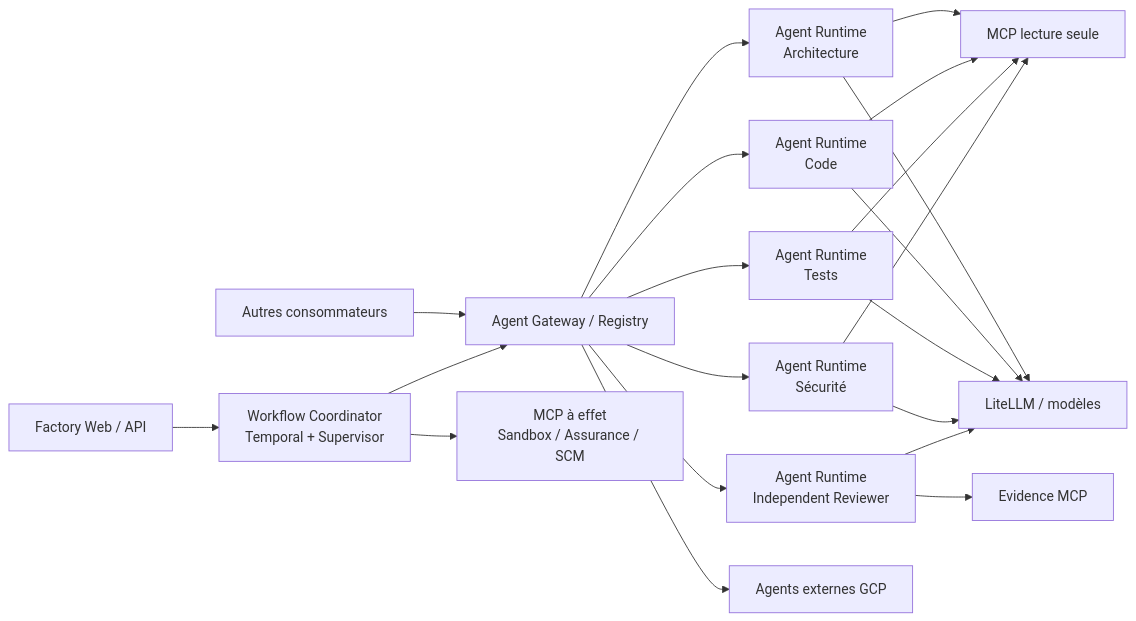
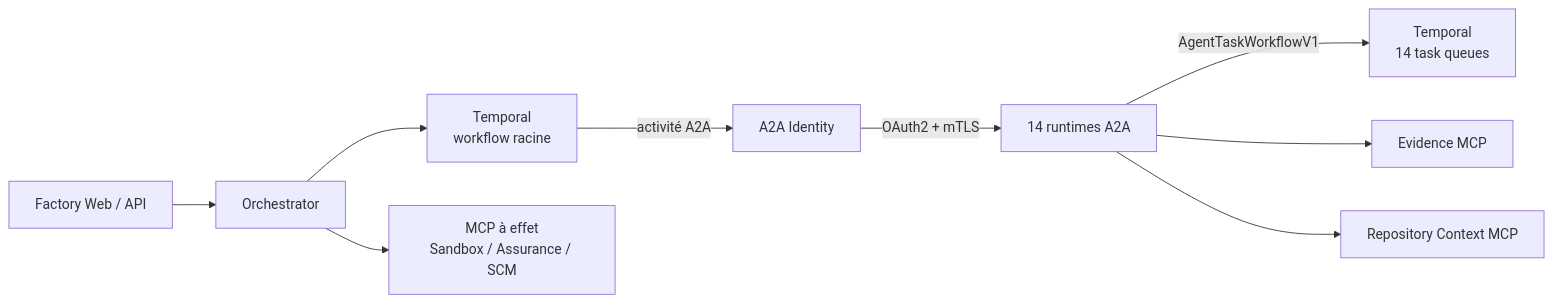
One commit to dbeaumont/ai-software-factory-local changed the first of 2 diagrams in docs/architecture/agents/deployment-model.md. Above: the diagram before and after it, drawn with Mermaid. The commit also changed other lines of this file and 28 other files, not shown here.

````diff
--- a/docs/architecture/agents/deployment-model.md
+++ b/docs/architecture/agents/deployment-model.md
@@ -66,23 +12,11 @@
 ```mermaid
 flowchart LR
-  USER[Factory Web / API] --> COORD[Workflow Coordinator<br/>Temporal + Supervisor]
-  OTHER[Autres consommateurs] --> GW[Agent Gateway / Registry]
-
-  COORD --> GW
-
-  GW --> ARCH[Agent Runtime<br/>Architecture]
-  GW --> CODE[Agent Runtime<br/>Code]
-  GW --> TEST[Agent Runtime<br/>Tests]
-  GW --> SEC[Agent Runtime<br/>Sécurité]
-  GW --> REVIEW[Agent Runtime<br/>Independent Reviewer]
-  GW --> EXT[Agents externes GCP]
-
-  ARCH --> RO[MCP lecture seule]
-  CODE --> RO
-  TEST --> RO
-  SEC --> RO
-  REVIEW --> EVIDENCE[Evidence MCP]
-
-  COORD --> EFFECT[MCP à effet<br/>Sandbox / Assurance / SCM]
-  ARCH & CODE & TEST & SEC & REVIEW --> LLM[LiteLLM / modèles]
+  API[Factory Web / API] --> ORCH[Orchestrator]
+  ORCH --> ROOT[Temporal<br/>workflow racine]
+  ROOT -->|activité A2A| ID[A2A Identity]
+  ID -->|OAuth2 + mTLS| FLEET[14 runtimes A2A]
+  FLEET -->|AgentTaskWorkflowV1| TEMP[Temporal<br/>14 task queues]
+  FLEET --> EVIDENCE[Evidence MCP]
+  FLEET --> CONTEXT[Repository Context MCP]
+  ORCH --> EFFECTS[MCP à effet<br/>Sandbox / Assurance / SCM]
 ```
````
